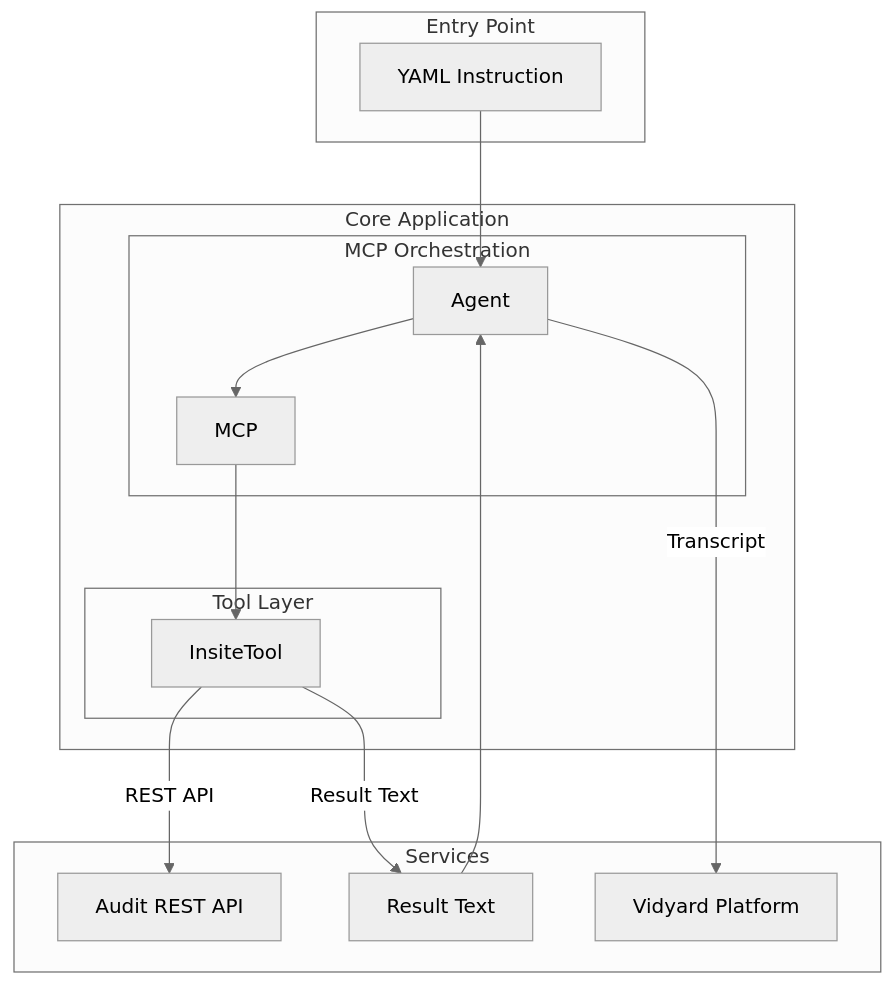
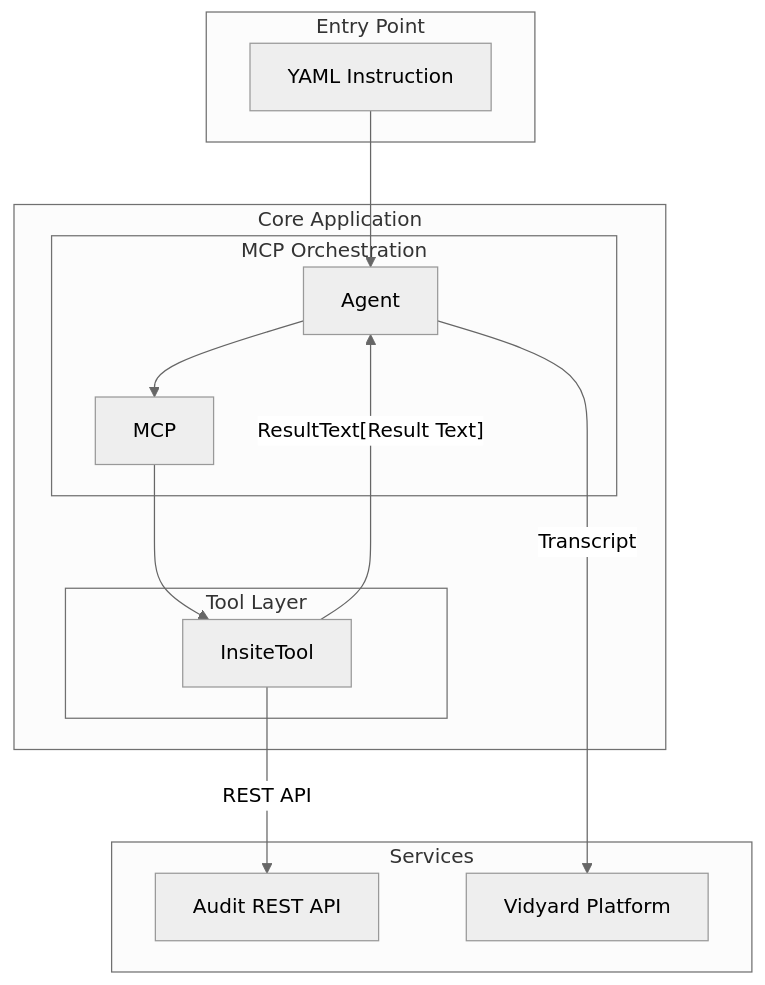
Before and after one commit to nenavathsuresh/Autogen: the first of 2 diagrams in README.md, drawn with Mermaid (neutral theme).

````diff
--- a/README.md
+++ b/README.md
@@ -47,26 +47,23 @@
 ```mermaid
 graph TD
     subgraph Entry Point
         YAML[YAML Instruction]
     end
 
     subgraph Core Application
         YAML --> Agent
         subgraph MCP Orchestration
             Agent --> MCP
         end
         subgraph Tool Layer
             MCP --> InsiteTool
         end
     end
 
     subgraph Services
         InsiteTool -->|REST API| RESTAPI[Audit REST API]
-        InsiteTool -->|Result Text| ResultText[Result Text]
-        ResultText --> Agent
+        InsiteTool -- ResultText[Result Text] --> Agent
         Agent -->|Transcript| Vidyard[Vidyard Platform]
     end
 
-    %% Data flow: REST API (backend) returns to Insite Tool, which produces Result Text passed to Agent, enabling transcript delivery to Vidyard.
-
 ```
````
